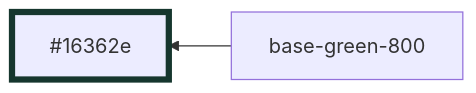
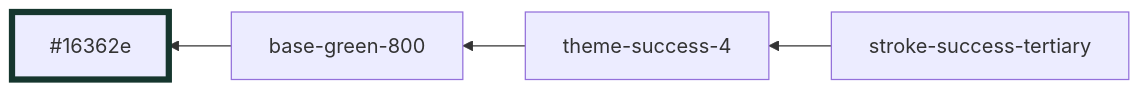
Before and after one commit to oxidecomputer/console: the fourth of 29 diagrams in libs/ui/styles/themes/operator-mode.md, drawn with Mermaid. The commit also changed other lines of this file and 4 other files, not shown here.

````diff
--- a/libs/ui/styles/themes/operator-mode.md
+++ b/libs/ui/styles/themes/operator-mode.md
@@ -35,6 +43,8 @@
 ```mermaid
 graph RL
   base-green-800 --> #16362e:::base-green-800
+  theme-success-4 --> base-green-800
+  stroke-success-tertiary --> theme-success-4
 
   classDef base-green-800 stroke-width:5,stroke:#16362e
 ```
````
